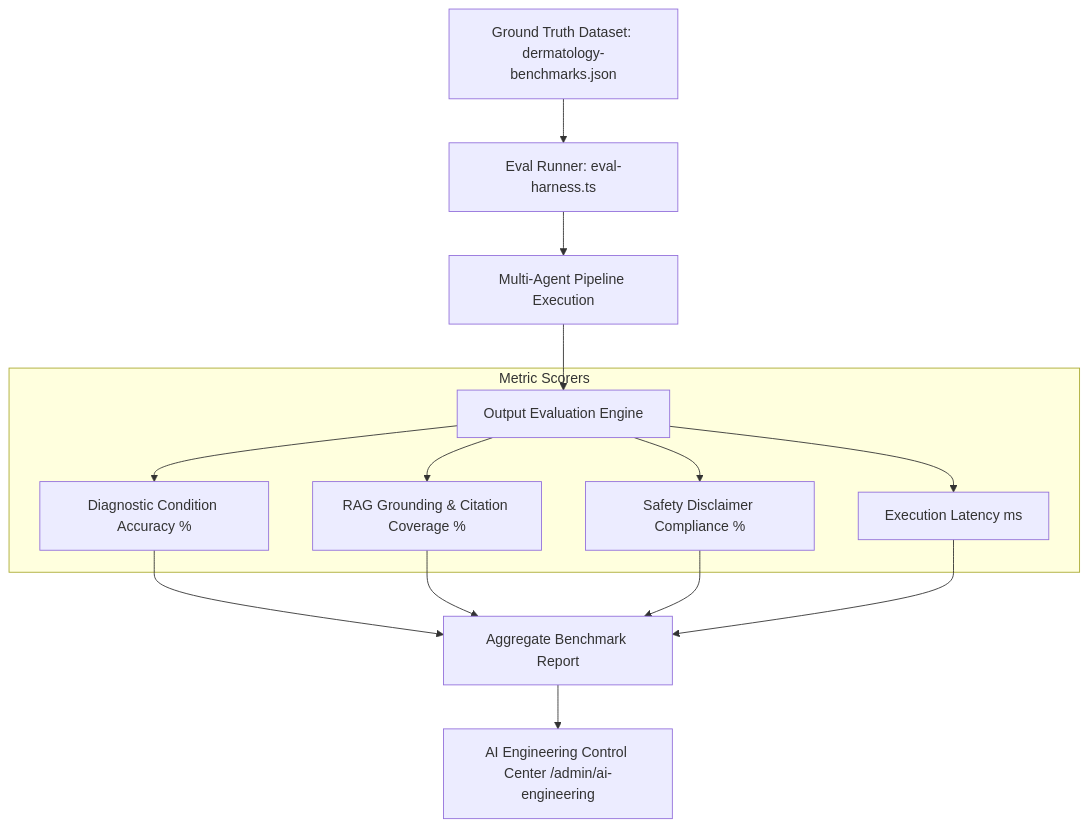
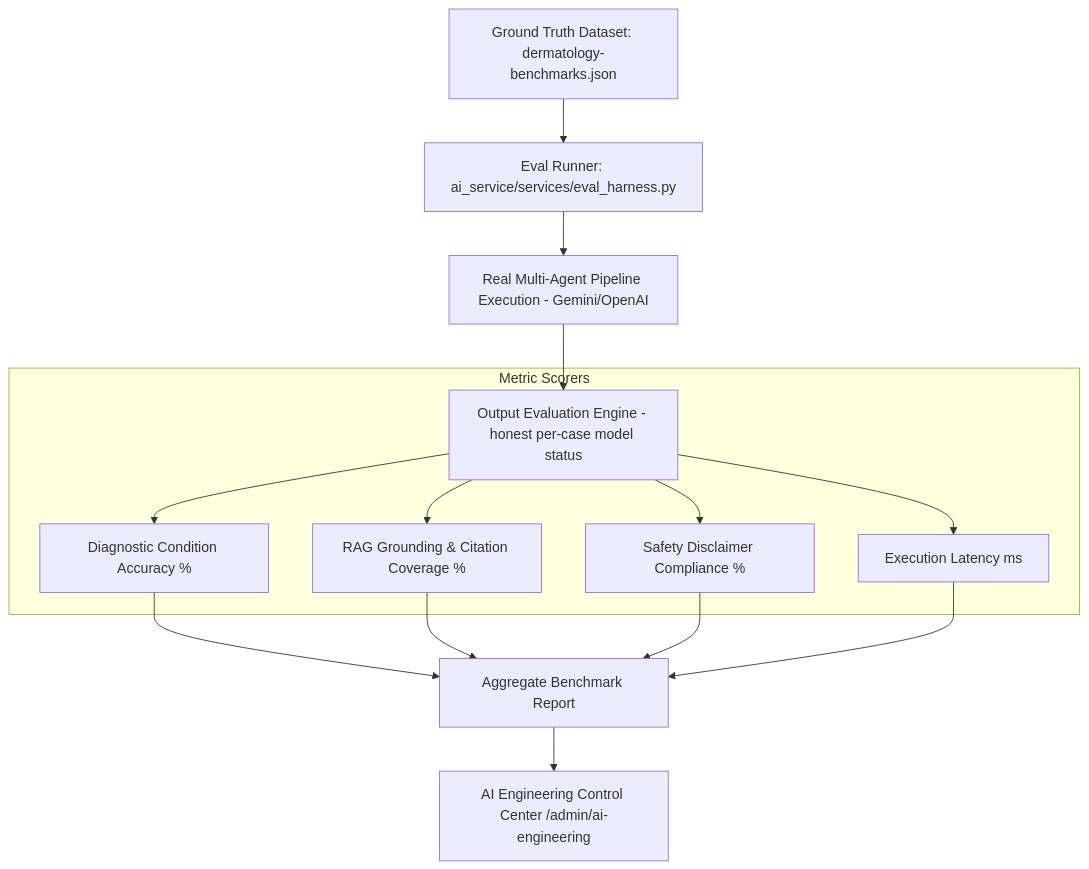
Before and after one commit to salman-momin08/dermiassist: the tenth of 12 diagrams in README.md, drawn with Mermaid. The commit also changed 40 other files, not shown here.

````diff
--- a/README.md
+++ b/README.md
@@ -516,19 +516,19 @@
 ```mermaid
 graph TD
-    BenchmarkData[Ground Truth Dataset: dermatology-benchmarks.json] --> CaseRunner[Eval Runner: eval-harness.ts]
-    CaseRunner --> PipelineExec[Multi-Agent Pipeline Execution]
-    PipelineExec --> OutputEval[Output Evaluation Engine]
+    BenchmarkData[Ground Truth Dataset: dermatology-benchmarks.json] --> CaseRunner[Eval Runner: ai_service/services/eval_harness.py]
+    CaseRunner --> PipelineExec[Real Multi-Agent Pipeline Execution - Gemini/OpenAI]
+    PipelineExec --> OutputEval[Output Evaluation Engine - honest per-case model status]
     
     subgraph Metric Scorers
         OutputEval --> Metric1[Diagnostic Condition Accuracy %]
         OutputEval --> Metric2[RAG Grounding & Citation Coverage %]
         OutputEval --> Metric3[Safety Disclaimer Compliance %]
         OutputEval --> Metric4[Execution Latency ms]
     end
     
     Metric1 --> Report[Aggregate Benchmark Report]
     Metric2 --> Report
     Metric3 --> Report
     Metric4 --> Report
     Report --> ControlCenterUI[AI Engineering Control Center /admin/ai-engineering]
 ```
````
